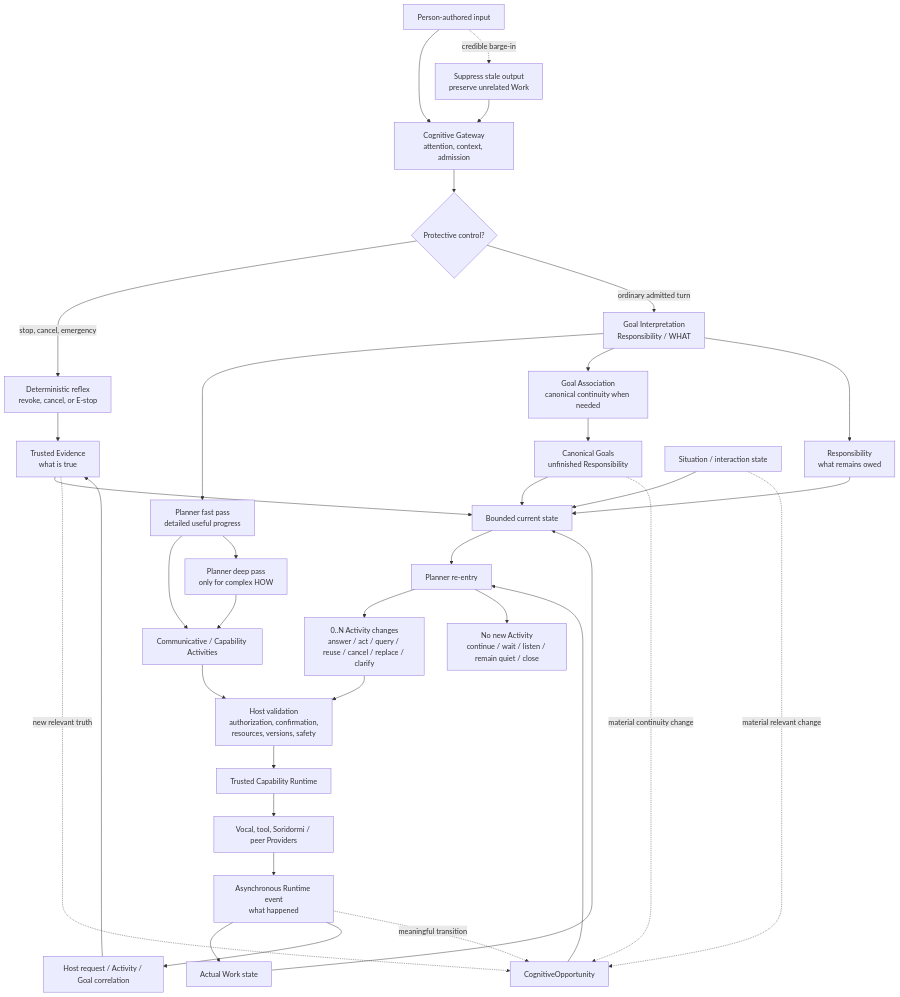
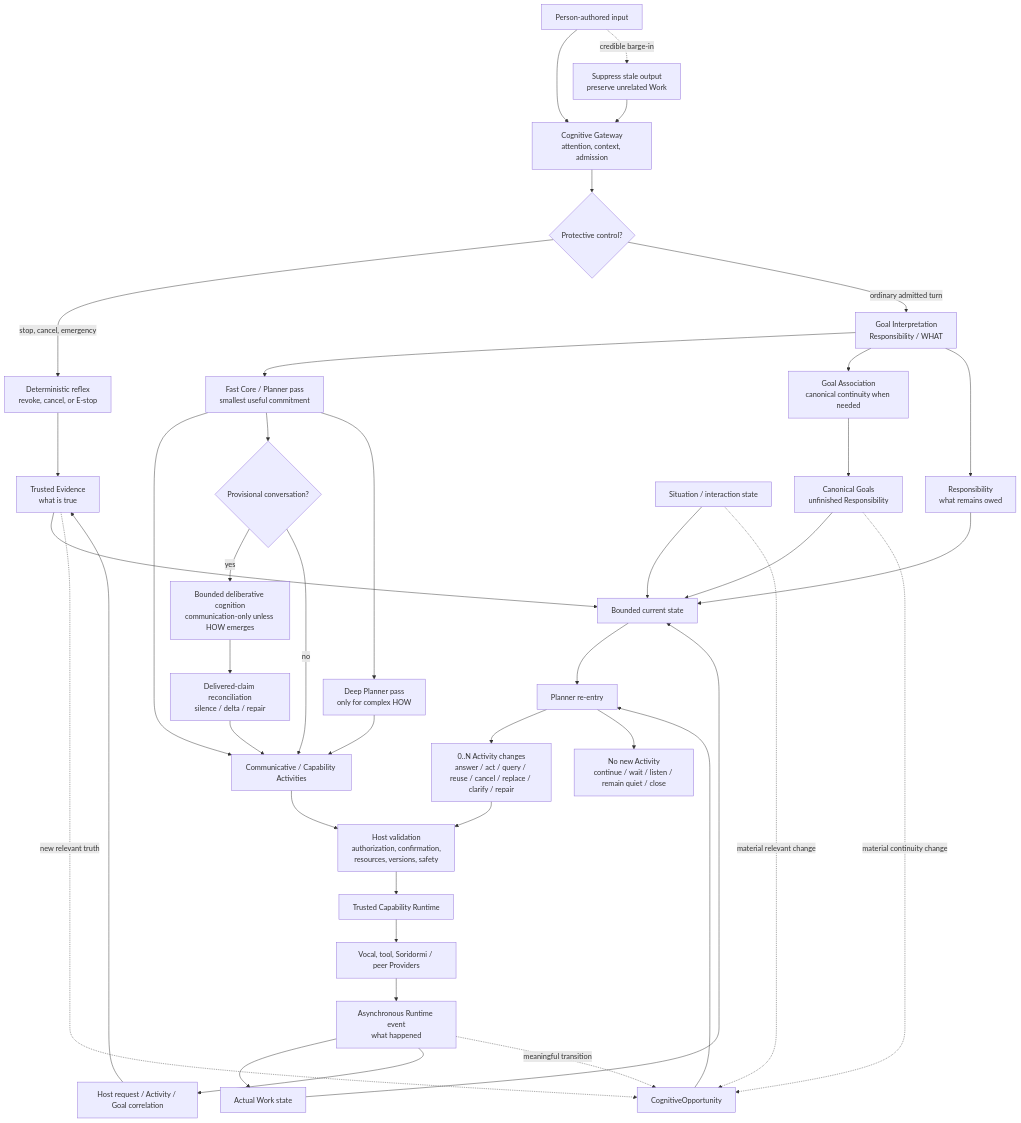
Before and after one commit to TimeTreker/chromie: the diagram in docs/GOAL_DRIVEN_COGNITIVE_ARCHITECTURE.md, drawn with Mermaid. The commit also changed other lines of this file and 4 other files, not shown here.

Commit message:
docs: define progressive cognition and conversational repair

````diff
--- a/docs/GOAL_DRIVEN_COGNITIVE_ARCHITECTURE.md
+++ b/docs/GOAL_DRIVEN_COGNITIVE_ARCHITECTURE.md
@@ -1652,45 +1691,50 @@
 ```mermaid
 flowchart TD
     USER["Person-authored input"] --> GATEWAY["Cognitive Gateway<br/>attention, context, admission"]
     GATEWAY --> CONTROL{"Protective control?"}
     CONTROL -->|"stop, cancel, emergency"| REFLEX["Deterministic reflex<br/>revoke, cancel, or E-stop"]
     CONTROL -->|"ordinary admitted turn"| GI["Goal Interpretation<br/>Responsibility / WHAT"]
 
-    GI --> PLAN["Planner fast pass<br/>detailed useful progress"]
+    GI --> PLAN["Fast Core / Planner pass<br/>smallest useful commitment"]
     GI --> GA["Goal Association<br/>canonical continuity when needed"]
     PLAN --> WORK["Communicative / Capability Activities"]
-    PLAN --> DEEP["Planner deep pass<br/>only for complex HOW"]
+    PLAN --> PROV{"Provisional conversation?"}
+    PROV -->|"yes"| DELIB["Bounded deliberative cognition<br/>communication-only unless HOW emerges"]
+    PROV -->|"no"| WORK
+    PLAN --> DEEP["Deep Planner pass<br/>only for complex HOW"]
+    DELIB --> RECON["Delivered-claim reconciliation<br/>silence / delta / repair"]
     DEEP --> WORK
+    RECON --> WORK
     GA --> GOALS["Canonical Goals<br/>unfinished Responsibility"]
 
     WORK --> HOST["Host validation<br/>authorization, confirmation,<br/>resources, versions, safety"]
     HOST --> RUNTIME["Trusted Capability Runtime"]
     RUNTIME --> PROVIDER["Vocal, tool, Soridormi / peer Providers"]
     PROVIDER --> EVENT["Asynchronous Runtime event<br/>what happened"]
 
     EVENT --> WORKSTATE["Actual Work state"]
     EVENT --> CORRELATE["Host request / Activity / Goal correlation"]
     CORRELATE --> EVIDENCE["Trusted Evidence<br/>what is true"]
     REFLEX --> EVIDENCE
 
     GI --> RESP["Responsibility<br/>what remains owed"]
     RESP --> STATE["Bounded current state"]
     GOALS --> STATE
     WORKSTATE --> STATE
     EVIDENCE --> STATE
     SITUATION["Situation / interaction state"] --> STATE
 
     EVENT -. "meaningful transition" .-> OPP["CognitiveOpportunity"]
     EVIDENCE -. "new relevant truth" .-> OPP
     GOALS -. "material continuity change" .-> OPP
     SITUATION -. "material relevant change" .-> OPP
     OPP --> REENTRY["Planner re-entry"]
     STATE --> REENTRY
 
-    REENTRY --> DELTA["0..N Activity changes<br/>answer / act / query / reuse / cancel / replace / clarify"]
+    REENTRY --> DELTA["0..N Activity changes<br/>answer / act / query / reuse / cancel / replace / clarify / repair"]
     REENTRY --> QUIET["No new Activity<br/>continue / wait / listen / remain quiet / close"]
     DELTA --> HOST
 
     USER -. "credible barge-in" .-> YIELD["Suppress stale output<br/>preserve unrelated Work"]
     YIELD --> GATEWAY
 ```
````
